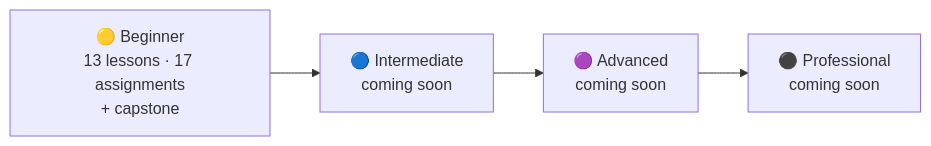
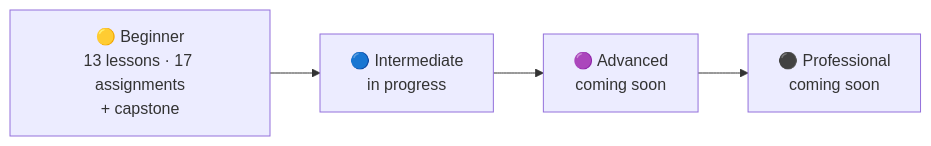
The first of 2 diagrams in README.md (ExNNeph/python-learning-path), drawn with Mermaid before and after one commit. The commit also changed other lines of this file and 2 other files, not shown here.

Commit message:
Start the Intermediate level: overview, roadmap and test path

````diff
--- a/README.md
+++ b/README.md
@@ -41,6 +41,6 @@
 ```mermaid
 flowchart LR
-    B["🟡 Beginner<br/>13 lessons · 17 assignments<br/>+ capstone"] --> I["🔵 Intermediate<br/>coming soon"]
+    B["🟡 Beginner<br/>13 lessons · 17 assignments<br/>+ capstone"] --> I["🔵 Intermediate<br/>in progress"]
     I --> A["🟣 Advanced<br/>coming soon"]
     A --> P["⚫ Professional<br/>coming soon"]
 ```
````
